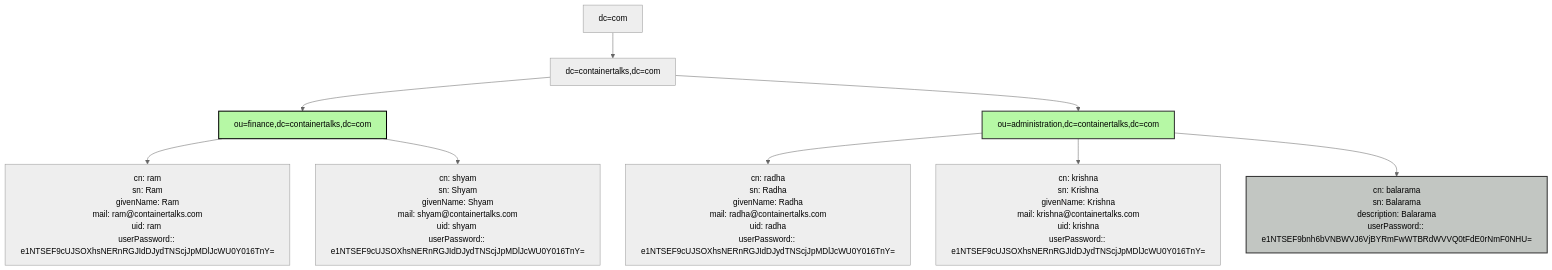
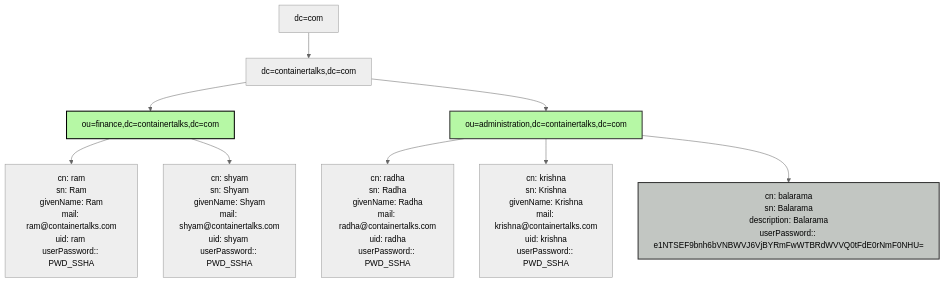
One commit to jinnabaalu/openldap-tutorial changed the fourth of 4 diagrams in 3.2.LDAPOperations.md. Above: the diagram before and after it, drawn with Mermaid (neutral theme). The commit also changed other lines of this file, not shown here.

Commit message:
updated the password sha

````diff
--- a/3.2.LDAPOperations.md
+++ b/3.2.LDAPOperations.md
@@ -105,14 +105,14 @@
 ```mermaid
 flowchart TD
     A[dc=com] --> B[dc=containertalks,dc=com]
     B --> C[ou=finance,dc=containertalks,dc=com]
     B --> D[ou=administration,dc=containertalks,dc=com]
-    C --> E[cn: ram<br>sn: Ram<br>givenName: Ram<br>mail: ram@containertalks.com<br>uid: ram <br>userPassword:: e1NTSEF9cUJSOXhsNERnRGJIdDJydTNScjJpMDlJcWU0Y016TnY=]
-    C --> F[cn: shyam<br>sn: Shyam<br>givenName: Shyam<br>mail: shyam@containertalks.com<br>uid: shyam <br>userPassword:: e1NTSEF9cUJSOXhsNERnRGJIdDJydTNScjJpMDlJcWU0Y016TnY=]
-    D --> G[cn: radha<br>sn: Radha<br>givenName: Radha<br>mail: radha@containertalks.com<br>uid: radha<br>userPassword:: e1NTSEF9cUJSOXhsNERnRGJIdDJydTNScjJpMDlJcWU0Y016TnY=]
-    D --> H[cn: krishna<br>sn: Krishna<br>givenName: Krishna<br>mail: krishna@containertalks.com<br>uid: krishna<br>userPassword:: e1NTSEF9cUJSOXhsNERnRGJIdDJydTNScjJpMDlJcWU0Y016TnY=]
+    C --> E[cn: ram<br>sn: Ram<br>givenName: Ram<br>mail: ram@containertalks.com<br>uid: ram <br>userPassword:: PWD_SSHA]
+    C --> F[cn: shyam<br>sn: Shyam<br>givenName: Shyam<br>mail: shyam@containertalks.com<br>uid: shyam <br>userPassword:: PWD_SSHA]
+    D --> G[cn: radha<br>sn: Radha<br>givenName: Radha<br>mail: radha@containertalks.com<br>uid: radha<br>userPassword:: PWD_SSHA]
+    D --> H[cn: krishna<br>sn: Krishna<br>givenName: Krishna<br>mail: krishna@containertalks.com<br>uid: krishna<br>userPassword:: PWD_SSHA]
     D --> I[cn: balarama<br>sn: Balarama<br>description: Balarama<br>userPassword:: e1NTSEF9bnh6bVNBWVJ6VjBYRmFwWTBRdWVVQ0tFdE0rNmF0NHU=]
     style C fill:#b6f8a5,stroke:#000,stroke-width:2px
     style D fill:#b6f8a5,stroke:#333,stroke-width:2px
     style I fill:#c2c6c2,stroke:#333,stroke-width:2px
 ```
````
